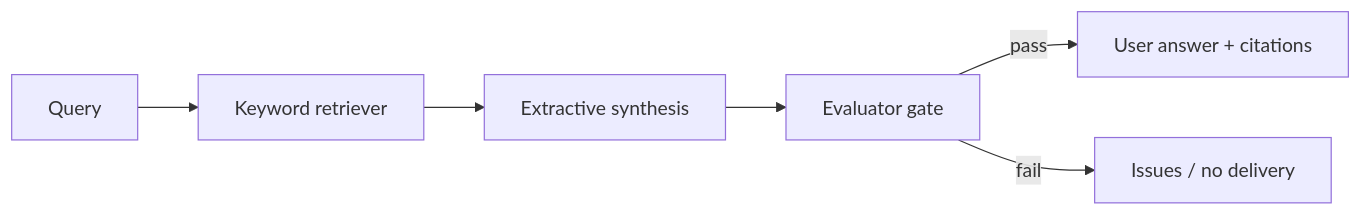
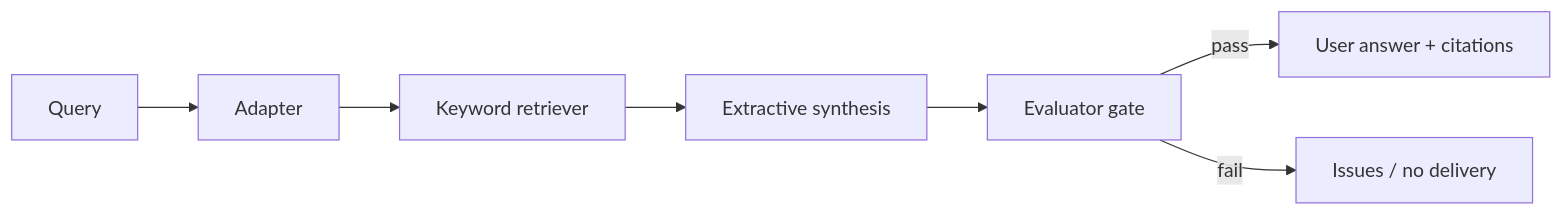
The diagram in README.md (PCSchmidt/gate-enforced-rag), drawn with Mermaid before and after one commit. The commit also changed other lines of this file and 17 other files, not shown here.

````diff
--- a/README.md
+++ b/README.md
@@ -22,8 +22,9 @@
 ```mermaid
 flowchart LR
-    Q[Query] --> R[Keyword retriever]
+    Q[Query] --> A[Adapter]
+    A --> R[Keyword retriever]
     R --> Syn[Extractive synthesis]
     Syn --> Gate[Evaluator gate]
     Gate -->|pass| Out[User answer + citations]
     Gate -->|fail| Mem[Issues / no delivery]
 ```
````
